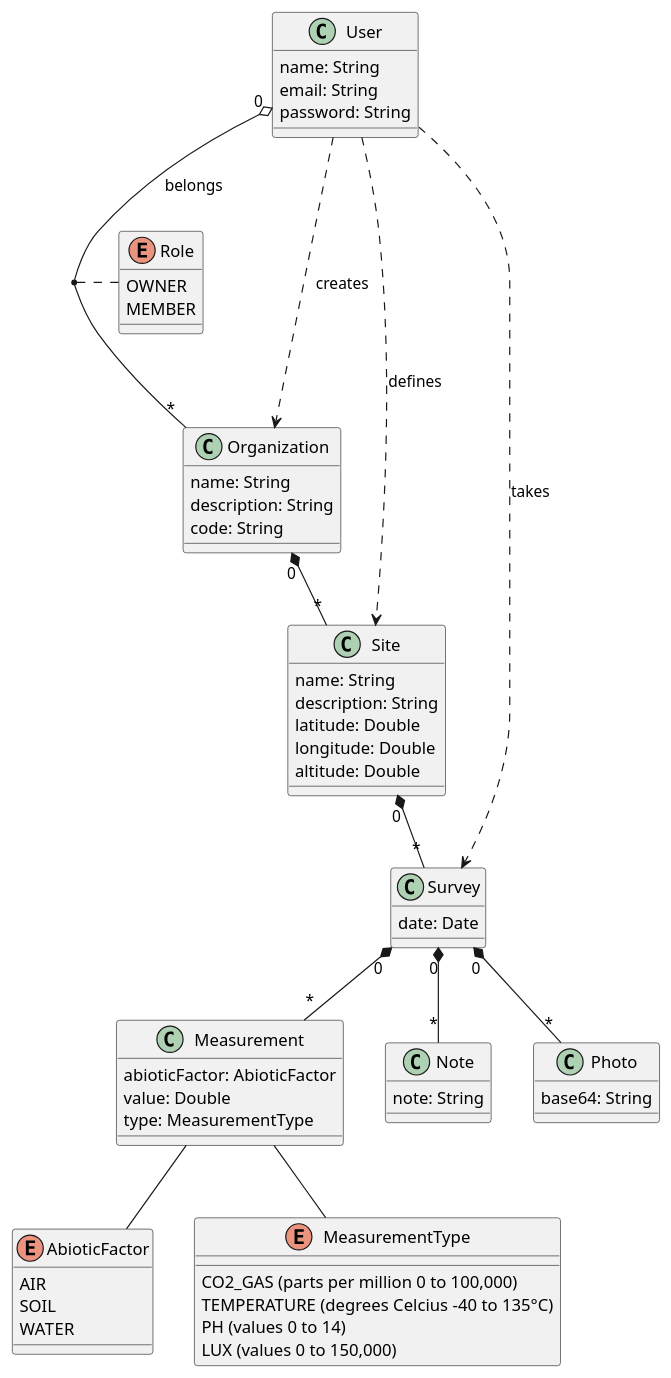
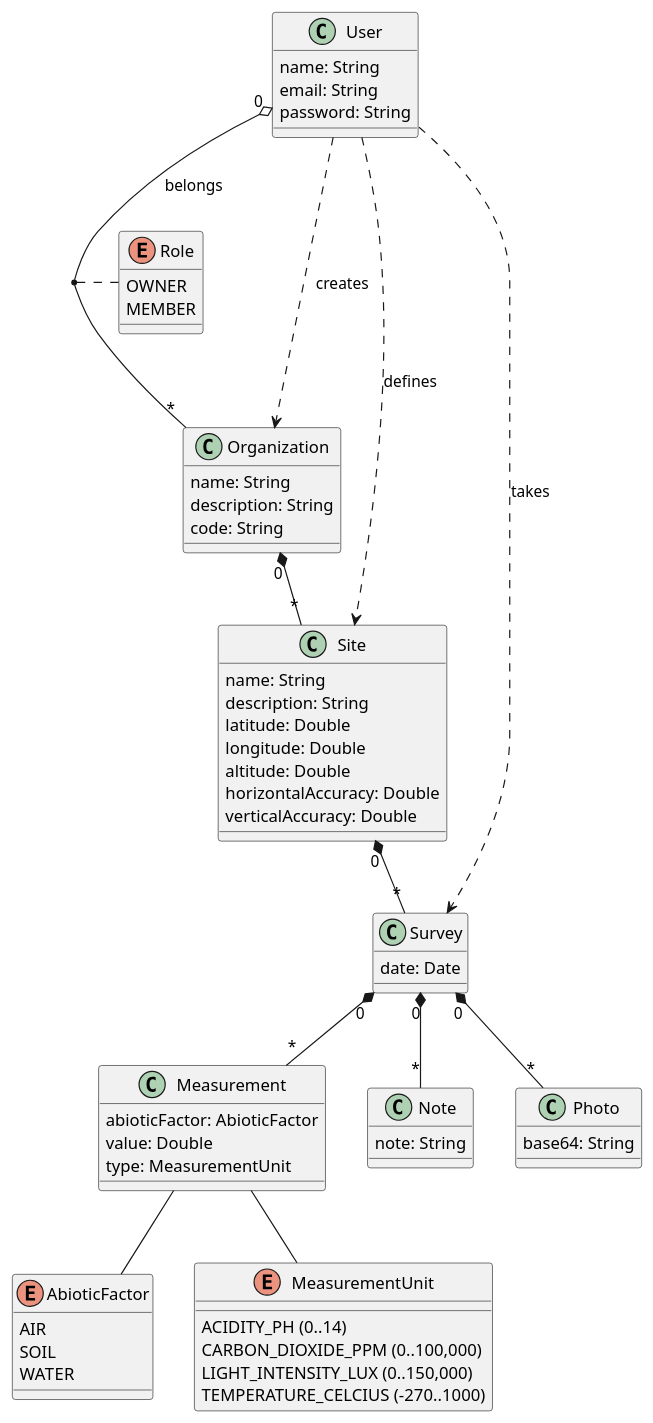
The diagram in Documentation/Model.plantuml (kwingerden/ecodatum-server), drawn with PlantUML before and after one commit. The commit also changed 12 other files, not shown here.

Commit message:
added/updated Image, ImageType, Measurement, and Note data models

```diff
--- a/Documentation/Model.plantuml
+++ b/Documentation/Model.plantuml
@@ -1,76 +1,78 @@
 @startuml
 
 enum AbioticFactor {
   AIR
   SOIL
   WATER
 }
 
-enum MeasurementType {
-  CO2_GAS (parts per million 0 to 100,000)
-  TEMPERATURE (degrees Celcius –40 to 135°C)
-  PH (values 0 to 14)
-  LUX (values 0 to 150,000)
+enum MeasurementUnit {
+  ACIDITY_PH (0..14)
+  CARBON_DIOXIDE_PPM (0..100,000)
+  LIGHT_INTENSITY_LUX (0..150,000)
+  TEMPERATURE_CELCIUS (-270..1000)
 }
 
 class Measurement {
   abioticFactor: AbioticFactor
   value: Double
-  type: MeasurementType
+  type: MeasurementUnit
 }
 
 class Note {
   note: String
 }
 
 class Organization {
   name: String
   description: String
   code: String
 }
 
 class Photo {
   base64: String
 }
 
 enum Role {
   OWNER
   MEMBER
 }
 
 class Survey {
   date: Date 
 }
 
 class Site {
   name: String
   description: String
   latitude: Double
   longitude: Double
   altitude: Double
+  horizontalAccuracy: Double
+  verticalAccuracy: Double
 }
 
 class User {
   name: String
   email: String
   password: String
 }
 
 User ..> Organization: creates
 User ..> Site: defines
 User ..> Survey: takes
 
 Measurement -- AbioticFactor
-Measurement -- MeasurementType
+Measurement -- MeasurementUnit
 
 User "0" o-- "*" Organization: belongs
 (User, Organization) .. Role
 Organization "0" *-- "*" Site
 
 Site "0" *-- "*" Survey
 
 Survey "0" *-- "*" Note
 Survey "0" *-- "*" Photo
 Survey "0" *-- "*" Measurement
 
 @enduml
```
